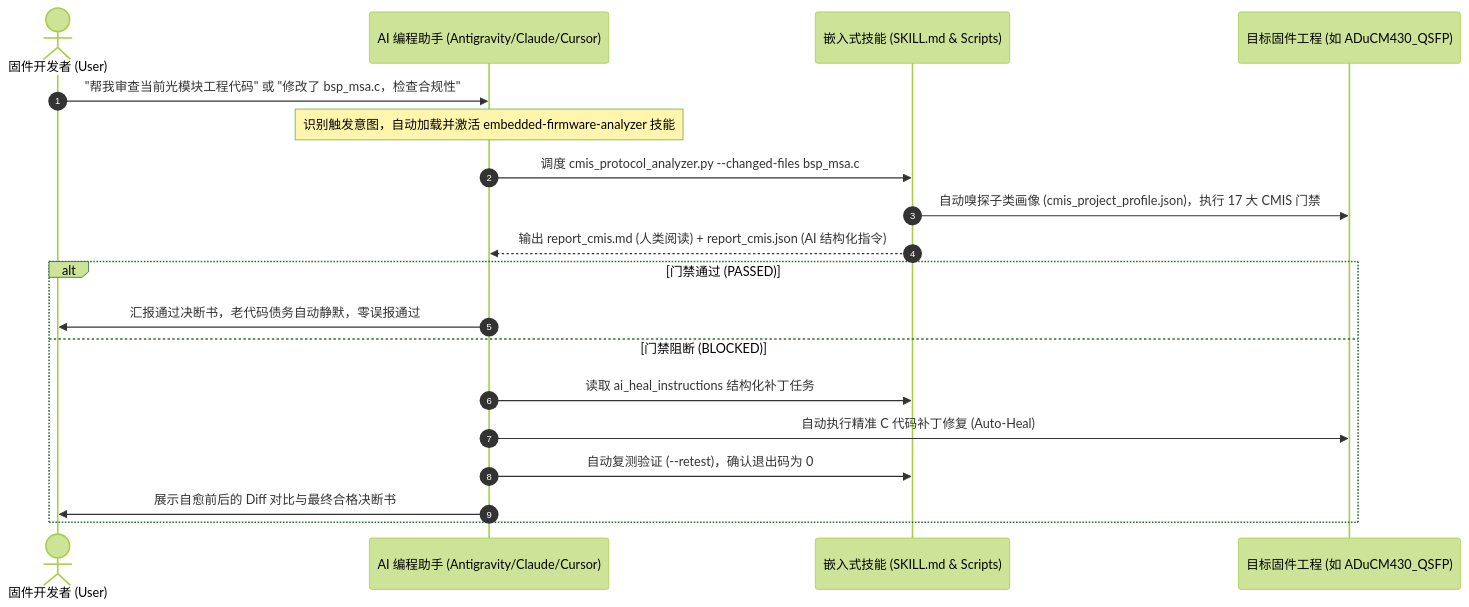
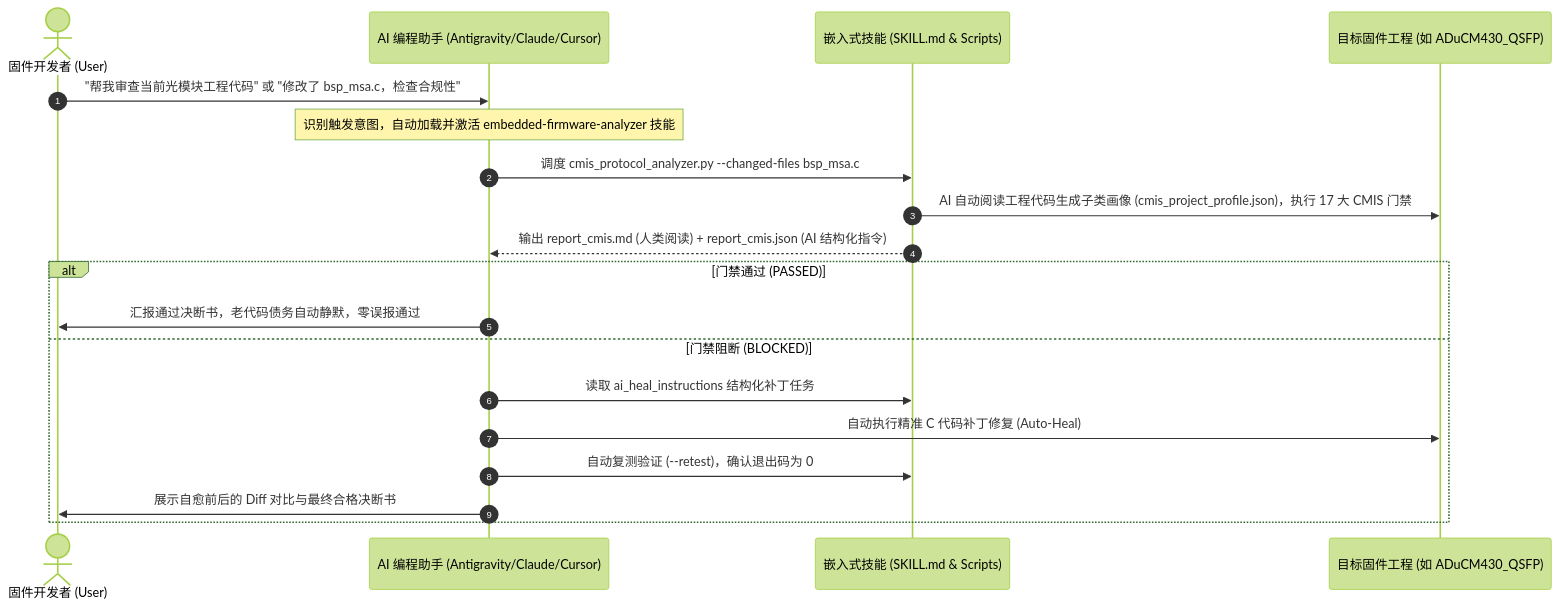
One commit to makemk/embedded-firmware-analyzer changed the first of 3 diagrams in README.md. Above: the diagram before and after it, drawn with Mermaid (forest theme). The commit also changed other lines of this file and 2 other files, not shown here.

Commit message:
docs: clarify child profile is automatically generated by AI reading codebase

````diff
--- a/README.md
+++ b/README.md
@@ -34,22 +34,22 @@
 ```mermaid
 sequenceDiagram
     autonumber
     actor Developer as 固件开发者 (User)
     participant Agent as AI 编程助手 (Antigravity/Claude/Cursor)
     participant Skill as 嵌入式技能 (SKILL.md & Scripts)
     participant Codebase as 目标固件工程 (如 ADuCM430_QSFP)
 
     Developer->>Agent: "帮我审查当前光模块工程代码" 或 "修改了 bsp_msa.c，检查合规性"
     Note over Agent: 识别触发意图，自动加载并激活 embedded-firmware-analyzer 技能
     Agent->>Skill: 调度 cmis_protocol_analyzer.py --changed-files bsp_msa.c
-    Skill->>Codebase: 自动嗅探子类画像 (cmis_project_profile.json)，执行 17 大 CMIS 门禁
+    Skill->>Codebase: AI 自动阅读工程代码生成子类画像 (cmis_project_profile.json)，执行 17 大 CMIS 门禁
     Skill-->>Agent: 输出 report_cmis.md (人类阅读) + report_cmis.json (AI 结构化指令)
     alt 门禁通过 (PASSED)
         Agent->>Developer: 汇报通过决断书，老代码债务自动静默，零误报通过
     else 门禁阻断 (BLOCKED)
         Agent->>Skill: 读取 ai_heal_instructions 结构化补丁任务
         Agent->>Codebase: 自动执行精准 C 代码补丁修复 (Auto-Heal)
         Agent->>Skill: 自动复测验证 (--retest)，确认退出码为 0
         Agent->>Developer: 展示自愈前后的 Diff 对比与最终合格决断书
     end
 ```
````
